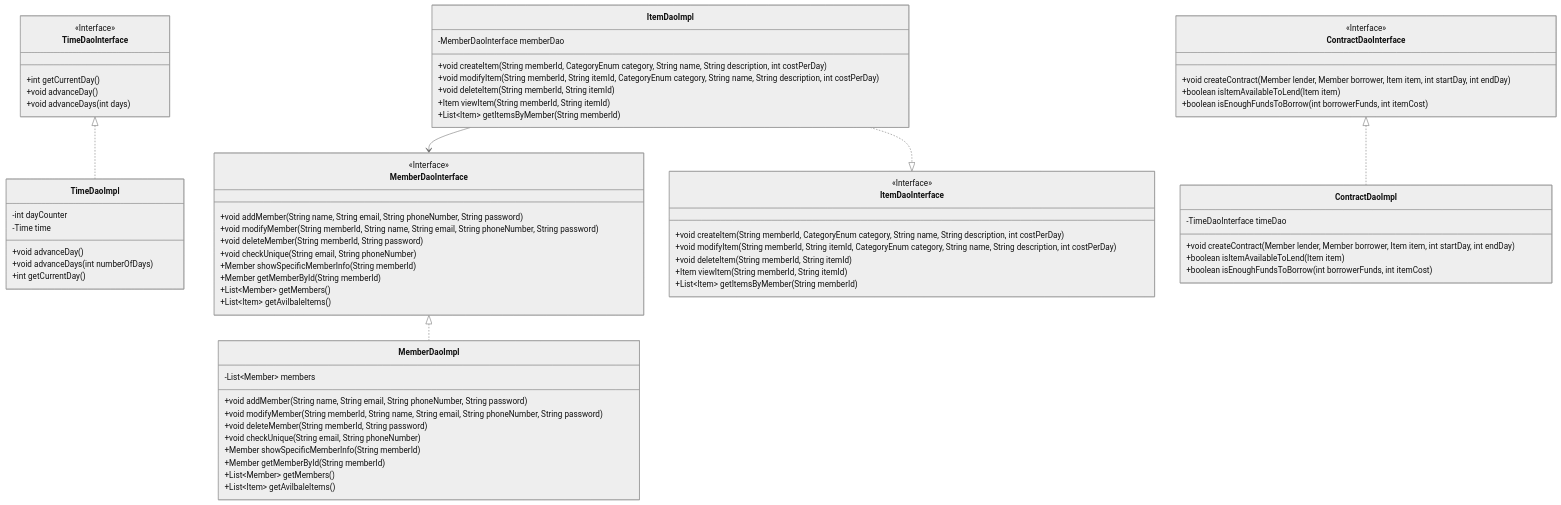
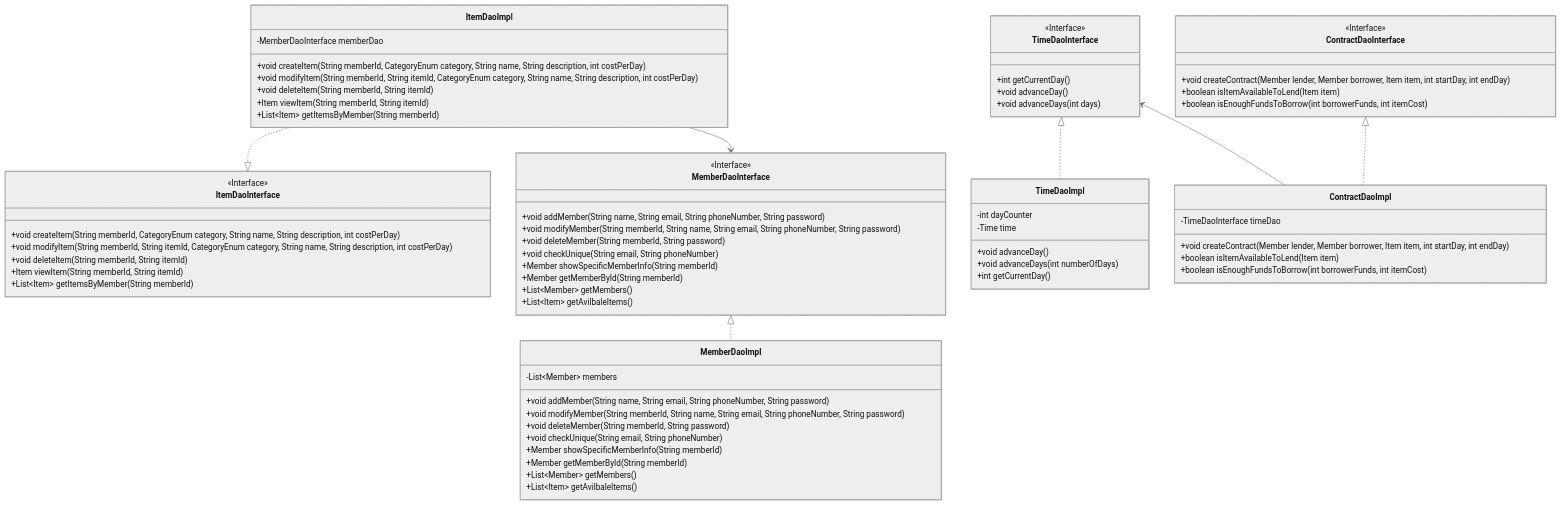
Before and after one commit to ashkar99/Stuff-Lending-System: the third of 5 diagrams in design.md, drawn with Mermaid (neutral theme). The commit also changed other lines of this file, not shown here.

`````diff
--- a/design.md
+++ b/design.md
@@ -281,5 +281,6 @@
         +boolean isEnoughFundsToBorrow(int borrowerFunds, int itemCost)
     }
     ContractDaoInterface <|.. ContractDaoImpl
+    TimeDaoInterface <-- ContractDaoImpl
 
 ````
`````
